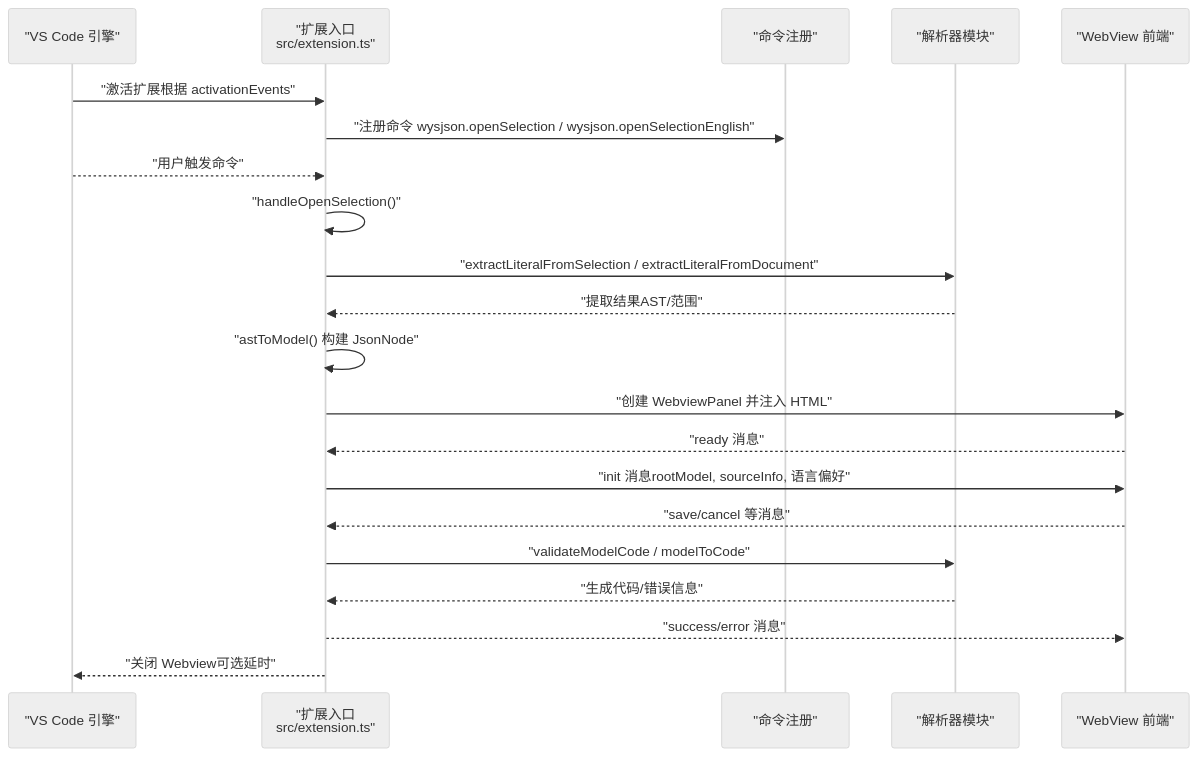
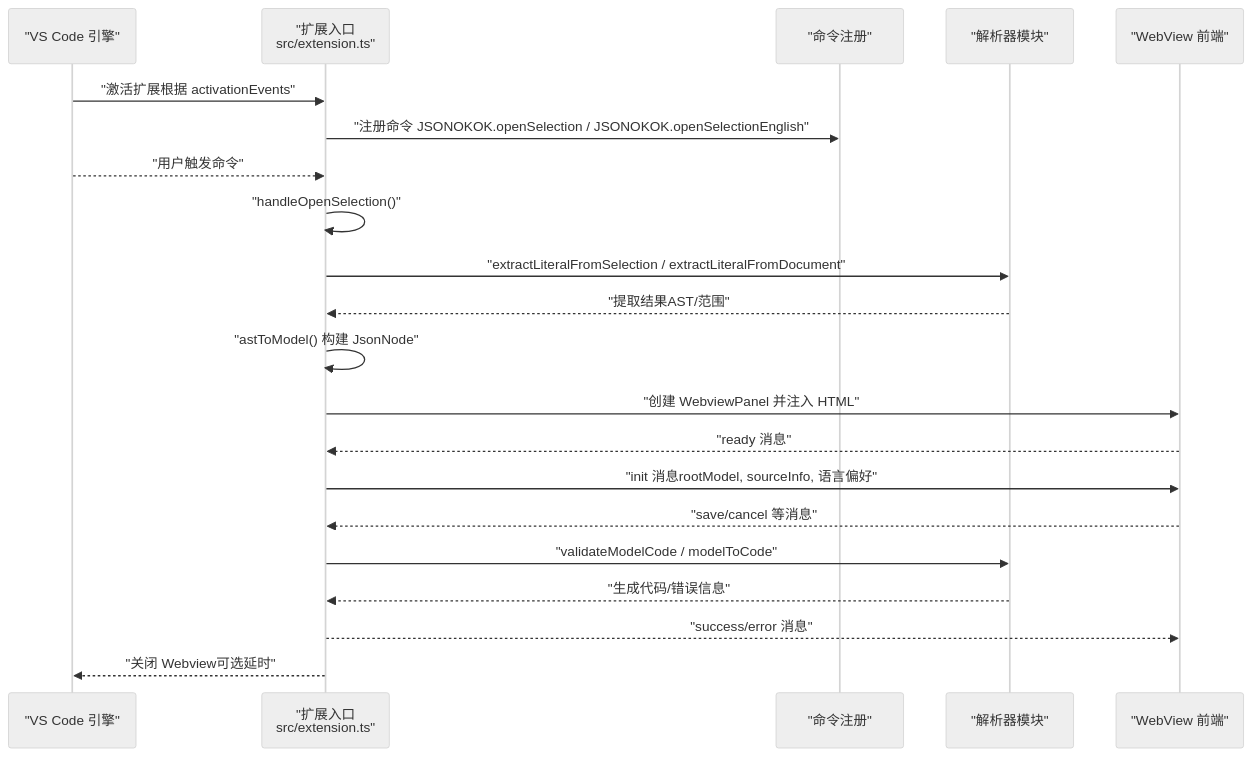
The second of 3 diagrams in .qoder/repowiki/zh/content/核心架构设计/扩展入口和生命周期.md (meiok1/wysjson), drawn with Mermaid (neutral theme) before and after one commit. The commit also changed other lines of this file and 390 other files, not shown here.

````diff
--- a/.qoder/repowiki/zh/content/核心架构设计/扩展入口和生命周期.md
+++ b/.qoder/repowiki/zh/content/核心架构设计/扩展入口和生命周期.md
@@ -90,23 +90,23 @@
 ```mermaid
 sequenceDiagram
 participant VS as "VS Code 引擎"
 participant Ext as "扩展入口<br/>src/extension.ts"
 participant Cmd as "命令注册"
 participant Parser as "解析器模块"
 participant WV as "WebView 前端"
 VS->>Ext : "激活扩展根据 activationEvents"
-Ext->>Cmd : "注册命令 wysjson.openSelection / wysjson.openSelectionEnglish"
+Ext->>Cmd : "注册命令 JSONOKOK.openSelection / JSONOKOK.openSelectionEnglish"
 VS-->>Ext : "用户触发命令"
 Ext->>Ext : "handleOpenSelection()"
 Ext->>Parser : "extractLiteralFromSelection / extractLiteralFromDocument"
 Parser-->>Ext : "提取结果AST/范围"
 Ext->>Ext : "astToModel() 构建 JsonNode"
 Ext->>WV : "创建 WebviewPanel 并注入 HTML"
 WV-->>Ext : "ready 消息"
 Ext->>WV : "init 消息rootModel, sourceInfo, 语言偏好"
 WV-->>Ext : "save/cancel 等消息"
 Ext->>Parser : "validateModelCode / modelToCode"
 Parser-->>Ext : "生成代码/错误信息"
 Ext-->>WV : "success/error 消息"
 Ext-->>VS : "关闭 Webview可选延时"
 ```
````
